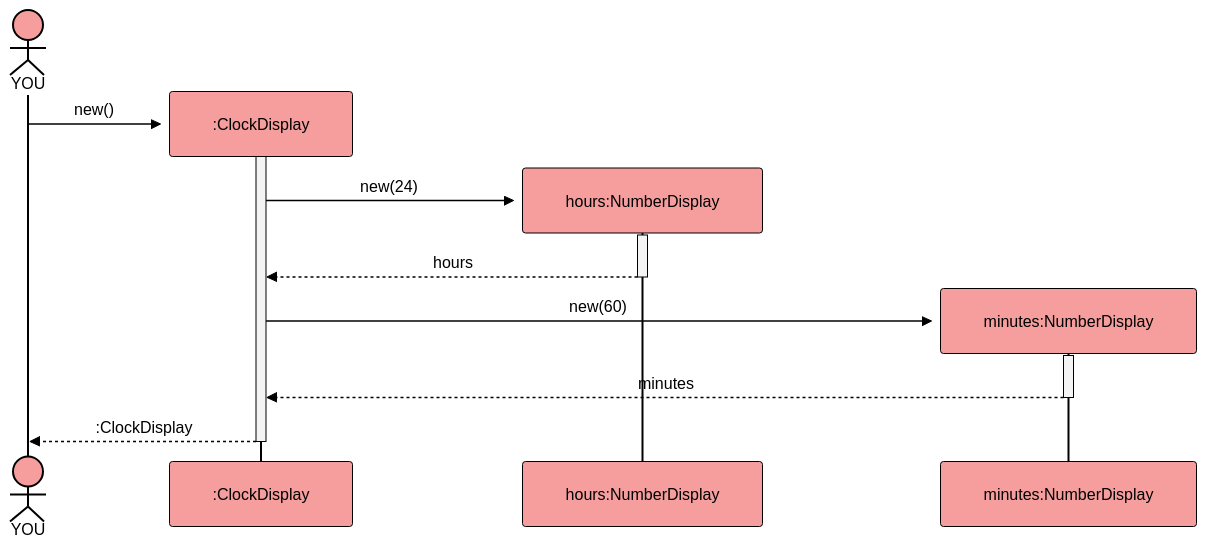
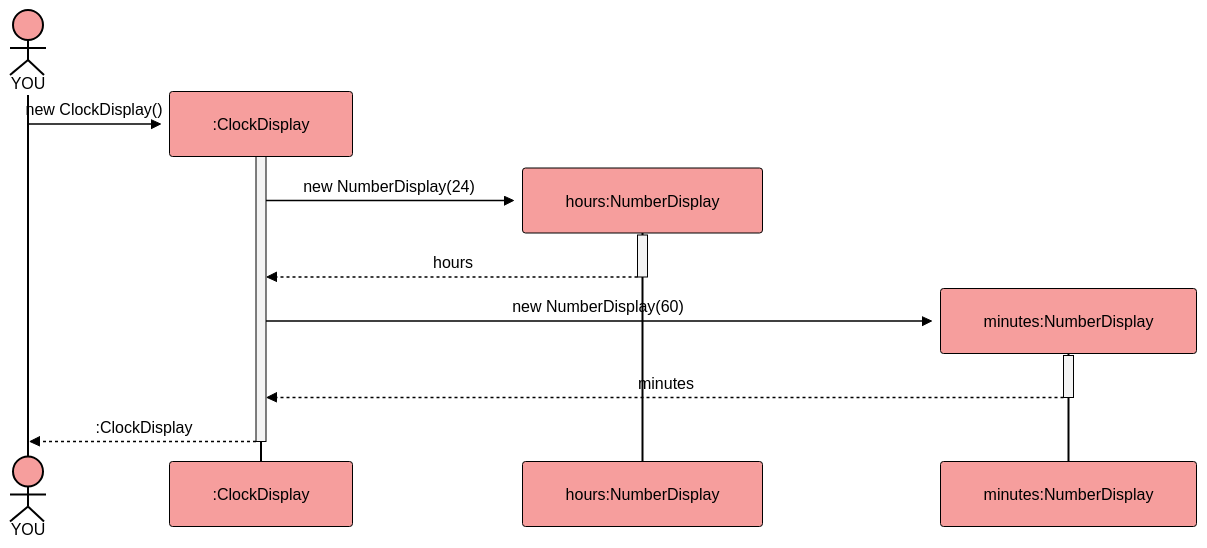
Before and after one commit to bkleinen/bkleinen.github.io: the second of 5 diagrams in hugo/content/material/info1/clock_display_refactoring/original_clock_display.md, drawn with Mermaid. The commit also changed 1 other file, not shown here.

Commit message:
copy seq setTime

````diff
--- a/hugo/content/material/info1/clock_display_refactoring/original_clock_display.md
+++ b/hugo/content/material/info1/clock_display_refactoring/original_clock_display.md
@@ -61,29 +61,29 @@
 ```mermaid
 %%{
   init: {
     'theme': 'base',
     'themeVariables': {
       'primaryColor': '#f69e9d', 
       'primaryTextColor': '#000',
       'primaryBorderColor': '#000',
       'lineColor': '#F8B229',
       'secondaryColor': '#f4f4f4',
       'activationBorderColor': '#000',
       'tertiaryColor': '#fff'
     }
   }
 }%%
 sequenceDiagram
     actor YOU
     create Participant #colon;ClockDisplay
-    YOU->>+#colon;ClockDisplay: new()
+    YOU->>+#colon;ClockDisplay: new ClockDisplay()
     create Participant hours#colon;NumberDisplay
   
-    #colon;ClockDisplay->>+hours#colon;NumberDisplay:new(24)
+    #colon;ClockDisplay->>+hours#colon;NumberDisplay:new NumberDisplay(24)
     hours#colon;NumberDisplay-->>-#colon;ClockDisplay:hours
     create Participant minutes#colon;NumberDisplay
-    #colon;ClockDisplay->>+minutes#colon;NumberDisplay:new(60)
+    #colon;ClockDisplay->>+minutes#colon;NumberDisplay:new NumberDisplay(60)
     minutes#colon;NumberDisplay-->>-#colon;ClockDisplay:minutes
     #colon;ClockDisplay-->>-YOU:#colon;ClockDisplay
 
 ```
````
